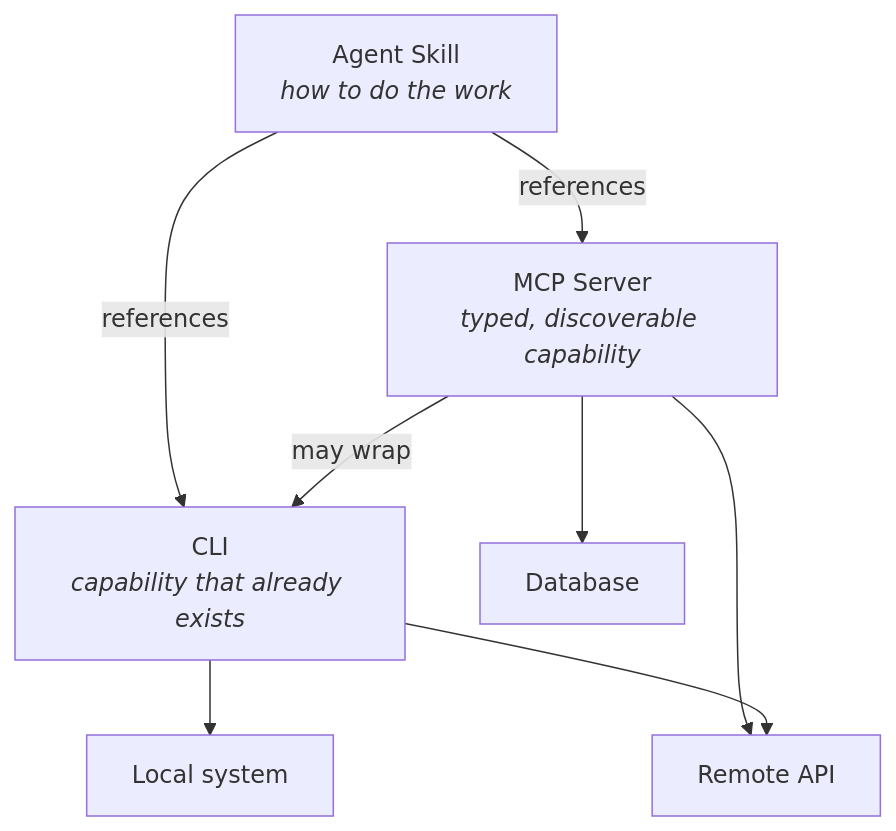
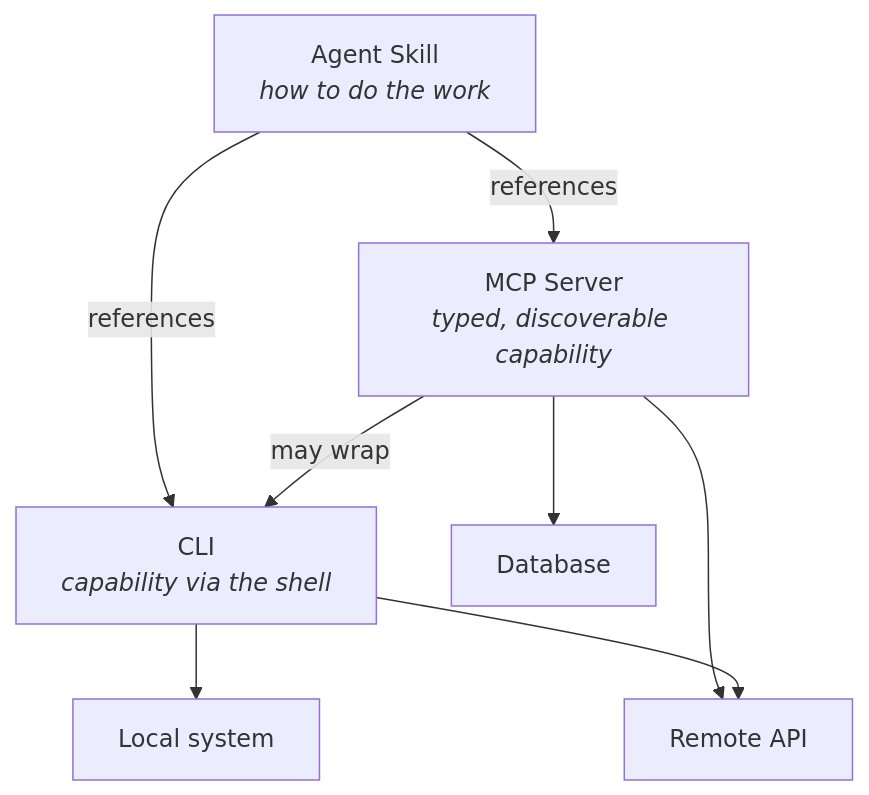
One commit to modelcontextprotocol/modelcontextprotocol changed the diagram in blog/content/posts/2026-03-12-mcp-cli-skills.md. Above: the diagram before and after it, drawn with Mermaid. The commit also changed other lines of this file, not shown here.

First line of the commit message:
blog/mcp-cli-skills: retitle and rewrite the layers section

````diff
--- a/blog/content/posts/2026-03-12-mcp-cli-skills.md
+++ b/blog/content/posts/2026-03-12-mcp-cli-skills.md
@@ -34,19 +32,19 @@
 ```mermaid
 graph TD
     Skill["Agent Skill<br/><i>how to do the work</i>"]
 
     MCP["MCP Server<br/><i>typed, discoverable capability</i>"]
-    CLI["CLI<br/><i>capability that already exists</i>"]
+    CLI["CLI<br/><i>capability via the shell</i>"]
 
     API[Remote API]
     DB[Database]
     FS[Local system]
 
     Skill -->|references| MCP
     Skill -->|references| CLI
     MCP -->|may wrap| CLI
     MCP --> API
     MCP --> DB
     CLI --> FS
     CLI --> API
 ```
````
